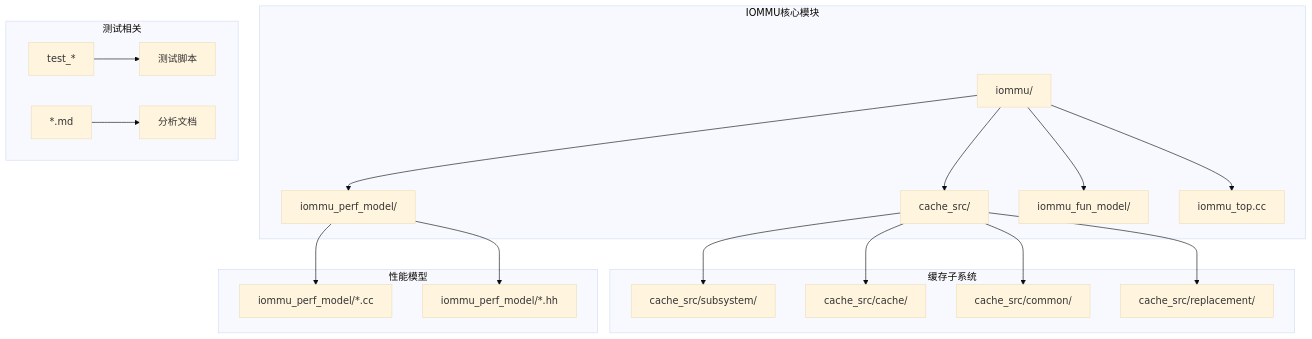
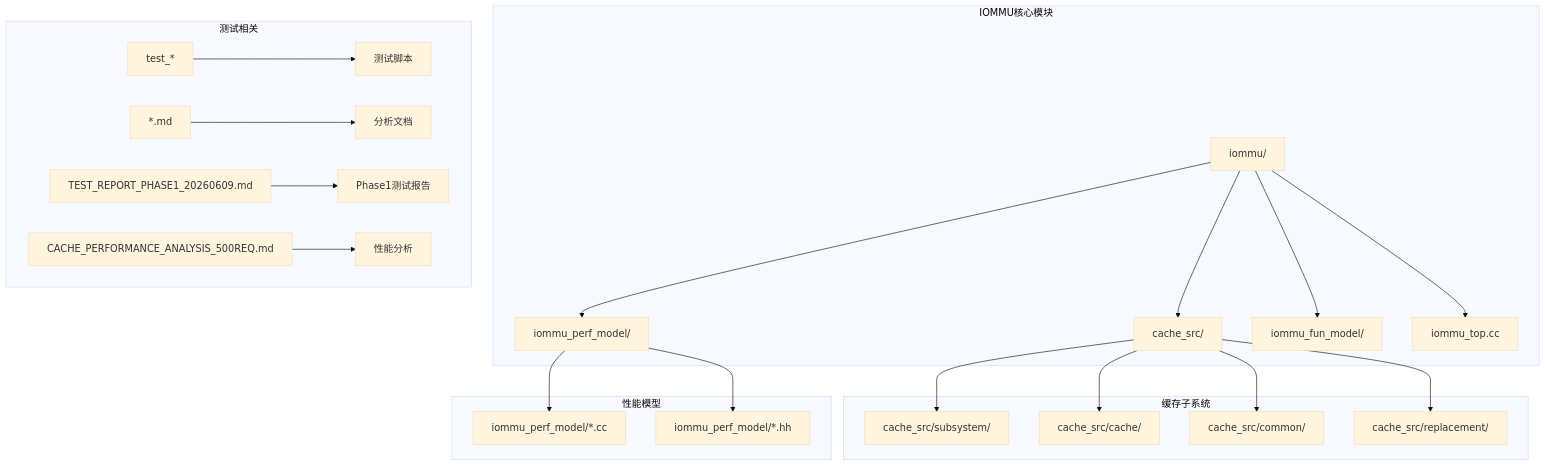
One commit to jiangjiang1122/iommu_model_20260401_v1 changed the first of 5 diagrams in .qoder/repowiki/zh/content/测试框架/PT Cache预取测试报告.md. Above: the diagram before and after it, drawn with Mermaid (base theme). The commit also changed other lines of this file and 21 other files, not shown here.

First line of the commit message:
fix: PT Cache dedup+prefetch mechanism - full 20-packet test PASS

````diff
--- a/.qoder/repowiki/zh/content/测试框架/PT Cache预取测试报告.md
+++ b/.qoder/repowiki/zh/content/测试框架/PT Cache预取测试报告.md
@@ -34,23 +45,25 @@
 ```mermaid
 graph TB
 subgraph "IOMMU核心模块"
 A[iommu/] --> B[cache_src/]
 A --> C[iommu_perf_model/]
 A --> D[iommu_fun_model/]
 A --> E[iommu_top.cc]
 end
 subgraph "缓存子系统"
 B --> F[cache_src/subsystem/]
 B --> G[cache_src/cache/]
 B --> H[cache_src/common/]
 B --> I[cache_src/replacement/]
 end
 subgraph "性能模型"
 C --> J[iommu_perf_model/*.cc]
 C --> K[iommu_perf_model/*.hh]
 end
 subgraph "测试相关"
 L[test_*] --> M[测试脚本]
 N[*.md] --> O[分析文档]
+P[TEST_REPORT_PHASE1_20260609.md] --> Q[Phase1测试报告]
+R[CACHE_PERFORMANCE_ANALYSIS_500REQ.md] --> S[性能分析]
 end
 ```
````
